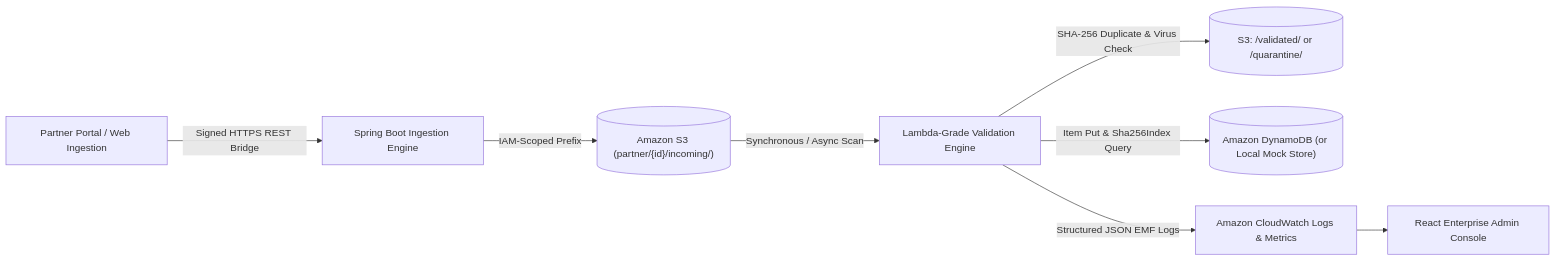
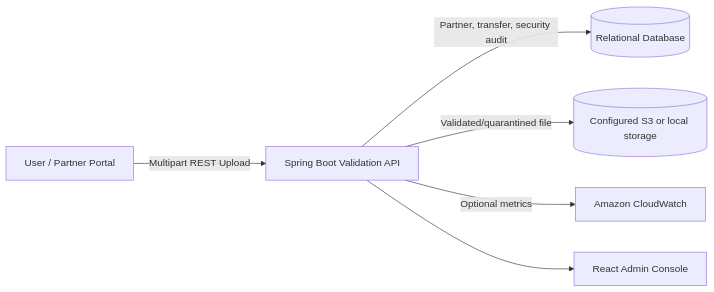
Before and after one commit to klu2400032417/aws_project: the second of 2 diagrams in secure-file-exchange/README.md, drawn with Mermaid. The commit also changed other lines of this file and 67 other files, not shown here.

````diff
--- a/secure-file-exchange/README.md
+++ b/secure-file-exchange/README.md
@@ -41,10 +35,8 @@
 ```mermaid
 flowchart LR
-    A["Partner Portal / Web Ingestion"] -->|Signed HTTPS REST Bridge| B["Spring Boot Ingestion Engine"]
-    B -->|IAM-Scoped Prefix| C[("Amazon S3 (partner/{id}/incoming/)")]
-    C -->|Synchronous / Async Scan| D["Lambda-Grade Validation Engine"]
-    D -->|SHA-256 Duplicate & Virus Check| E[("S3: /validated/ or /quarantine/")]
-    D -->|Item Put & Sha256Index Query| F[("Amazon DynamoDB (or Local Mock Store)")]
-    D -->|Structured JSON EMF Logs| G["Amazon CloudWatch Logs & Metrics"]
-    G --> H["React Enterprise Admin Console"]
+    A["User / Partner Portal"] -->|Multipart REST Upload| B["Spring Boot Validation API"]
+    B -->|Partner, transfer, security audit| C[("Relational Database")]
+    B -->|Validated/quarantined file| D[("Configured S3 or local storage")]
+    B -->|Optional metrics| E["Amazon CloudWatch"]
+    B --> F["React Admin Console"]
 ```
````
